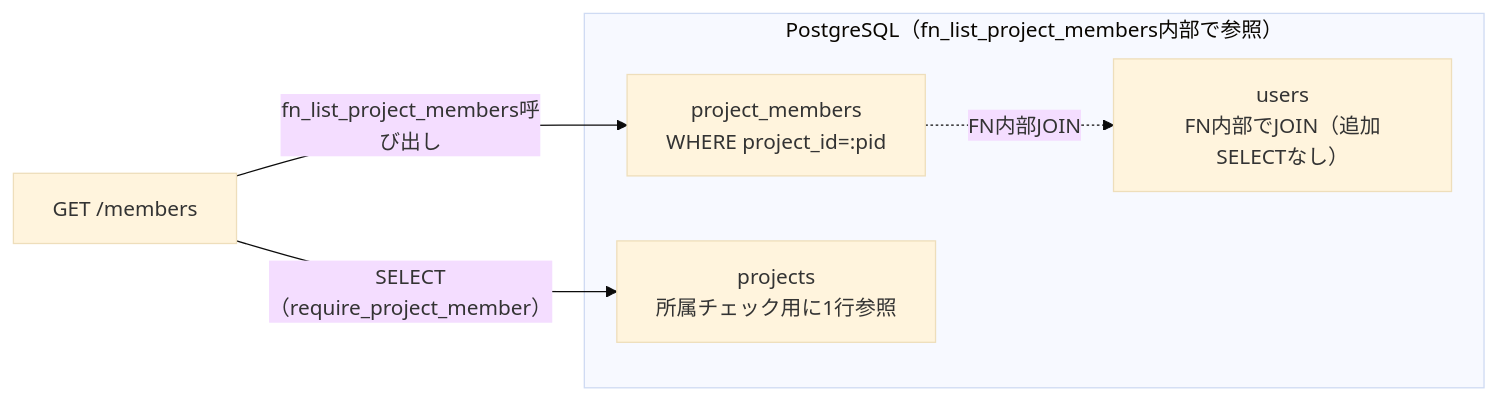
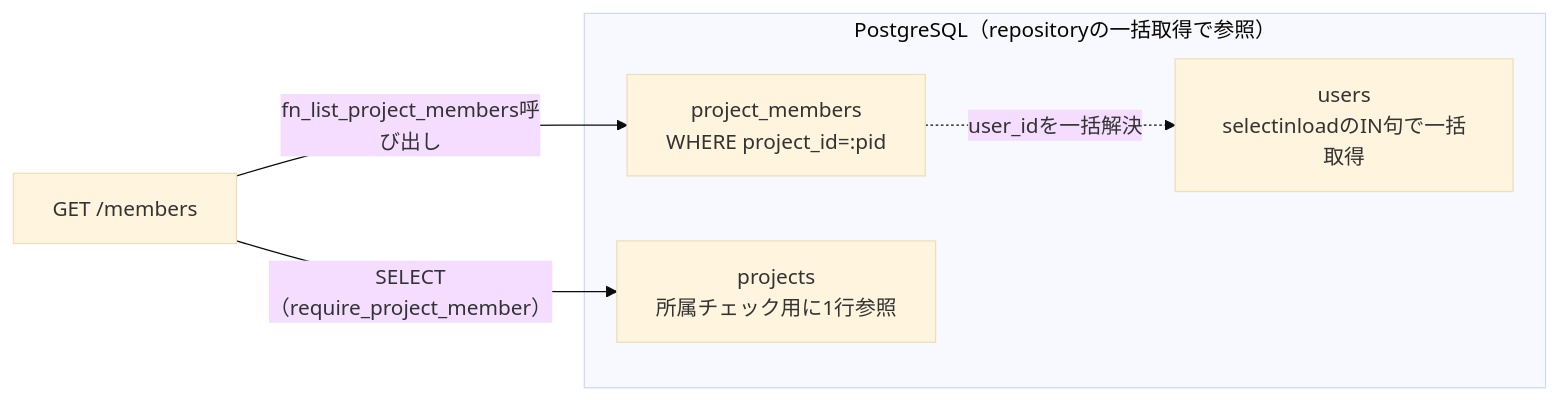
One commit to oikawa-d/task_management changed the fourth of 4 diagrams in docs/detailed_design/api/projects/06_get_project_members.md. Above: the diagram before and after it, drawn with Mermaid (base theme). The commit also changed other lines of this file and 5 other files, not shown here.

````diff
--- a/docs/detailed_design/api/projects/06_get_project_members.md
+++ b/docs/detailed_design/api/projects/06_get_project_members.md
@@ -201,11 +201,11 @@
 ```mermaid
 flowchart LR
-    subgraph PG["PostgreSQL（fn_list_project_members内部で参照）"]
+    subgraph PG["PostgreSQL（repositoryの一括取得で参照）"]
         PM["project_members<br/>WHERE project_id=:pid"]
-        U["users<br/>FN内部でJOIN（追加SELECTなし）"]
+        U["users<br/>selectinloadのIN句で一括取得"]
         P["projects<br/>所属チェック用に1行参照"]
     end
     API["GET /members"] -->|"fn_list_project_members呼び出し"| PM
-    PM -.->|"FN内部JOIN"| U
+    PM -.->|"user_idを一括解決"| U
     API -->|"SELECT（require_project_member）"| P
 ```
````
